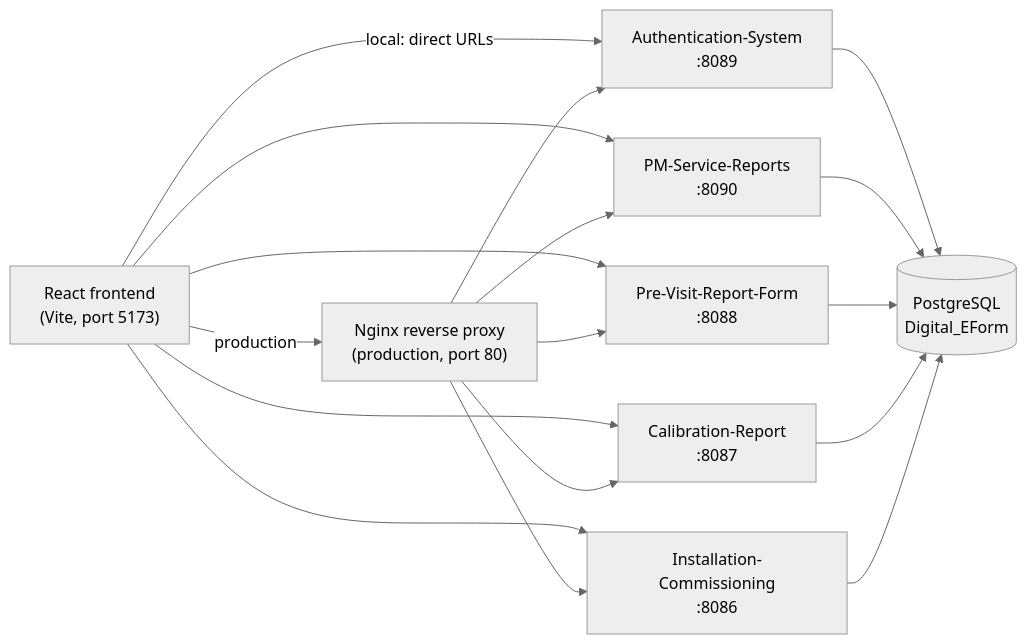
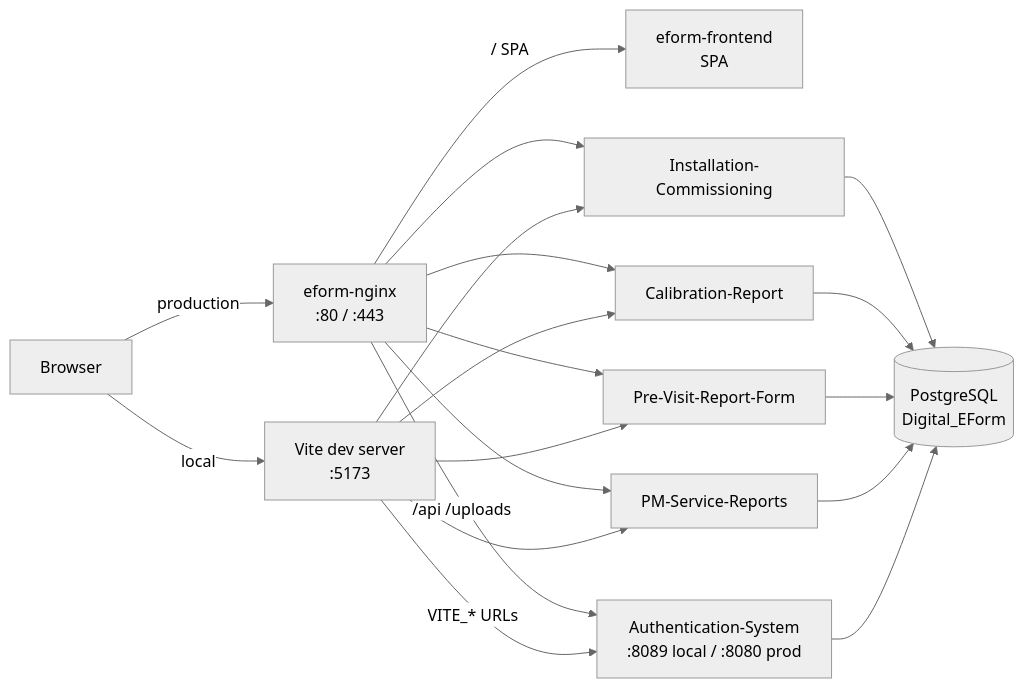
The diagram in README.md (aniketSingh4/Digital_EForm_New), drawn with Mermaid (neutral theme) before and after one commit. The commit also changed other lines of this file and 14 other files, not shown here.

````diff
--- a/README.md
+++ b/README.md
@@ -58,28 +58,32 @@
 ```mermaid
 flowchart LR
-  Browser["React frontend\n(Vite, port 5173)"]
-  Nginx["Nginx reverse proxy\n(production, port 80)"]
-  Auth["Authentication-System\n:8089"]
-  PM["PM-Service-Reports\n:8090"]
-  Pre["Pre-Visit-Report-Form\n:8088"]
-  Cal["Calibration-Report\n:8087"]
-  Inst["Installation-Commissioning\n:8086"]
+  Browser["Browser"]
+  Vite["Vite dev server\n:5173"]
+  Nginx["eform-nginx\n:80 / :443"]
+  UI["eform-frontend\nSPA"]
+  Auth["Authentication-System\n:8089 local / :8080 prod"]
+  PM["PM-Service-Reports"]
+  Pre["Pre-Visit-Report-Form"]
+  Cal["Calibration-Report"]
+  Inst["Installation-Commissioning"]
   DB[("PostgreSQL\nDigital_EForm")]
 
-  Browser -->|"local: direct URLs"| Auth
-  Browser --> PM
-  Browser --> Pre
-  Browser --> Cal
-  Browser --> Inst
+  Browser -->|"local"| Vite
+  Vite -->|"VITE_* URLs"| Auth
+  Vite --> PM
+  Vite --> Pre
+  Vite --> Cal
+  Vite --> Inst
   Browser -->|"production"| Nginx
-  Nginx --> Auth
+  Nginx -->|"/ SPA"| UI
+  Nginx -->|"/api /uploads"| Auth
   Nginx --> PM
   Nginx --> Pre
   Nginx --> Cal
   Nginx --> Inst
   Auth --> DB
   PM --> DB
   Pre --> DB
   Cal --> DB
   Inst --> DB
 ```
````
